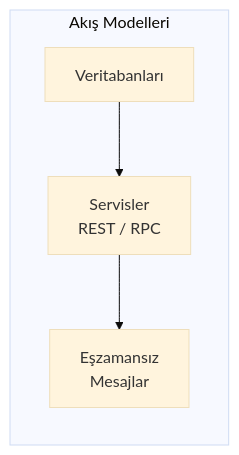
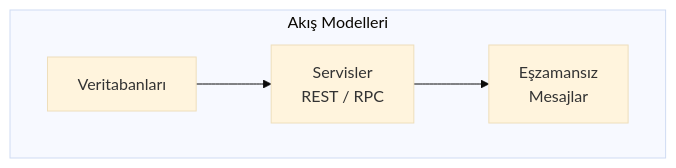
The diagram in slides/05-encoding-evolution.md (gorkembalcisoy/book-notes), drawn with Mermaid (base theme) before and after one commit. The commit also changed other lines of this file and 20 other files, not shown here.

````diff
--- a/slides/05-encoding-evolution.md
+++ b/slides/05-encoding-evolution.md
@@ -248,9 +249,10 @@
 ```mermaid
 flowchart LR
     subgraph Akış Modelleri
+        direction LR
         A[Veritabanları] --> B[Servisler
         REST / RPC]
         B --> C[Eşzamansız
         Mesajlar]
     end
 ```
````
